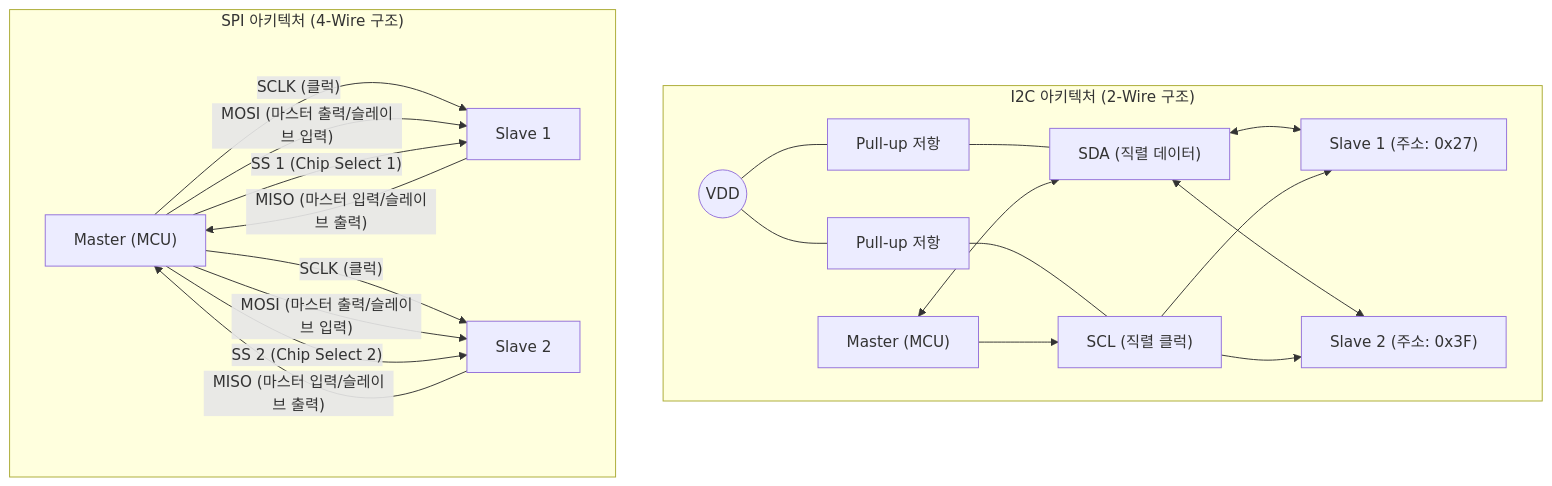
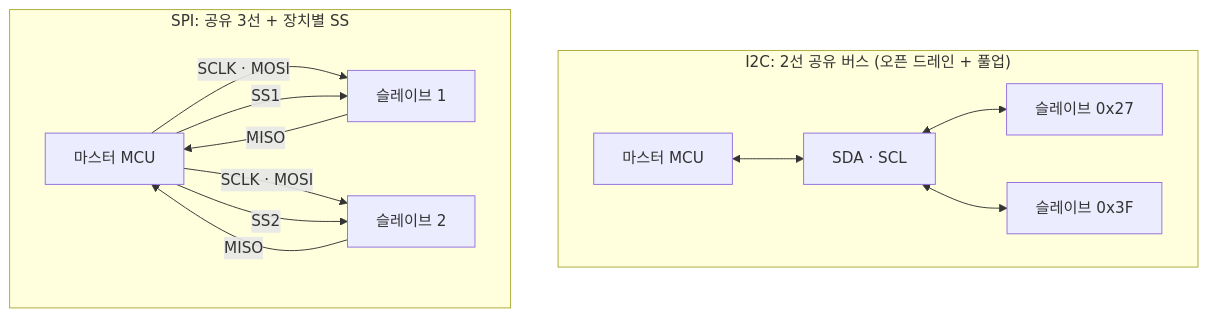
One commit to supremethumb/supremethumb.github.io changed the diagram in content/01_IT Tech/I2C(Inter Integrated Circuit)와 SPI(Serial Peripheral Interface).md. Above: the diagram before and after it, drawn with Mermaid. The commit also changed other lines of this file and 1087 other files, not shown here.

````diff
--- a/content/01_IT Tech/I2C(Inter Integrated Circuit)와 SPI(Serial Peripheral Interface).md
+++ b/content/01_IT Tech/I2C(Inter Integrated Circuit)와 SPI(Serial Peripheral Interface).md
@@ -27,43 +35,18 @@
 ```mermaid
-flowchart TD
-    subgraph I2C_Arch ["I2C 아키텍처 (2-Wire 구조)"]
+flowchart TB
+    subgraph I2C["I2C: 2선 공유 버스 (오픈 드레인 + 풀업)"]
         direction LR
-        VDD((VDD))
-        R1[Pull-up 저항]
-        R2[Pull-up 저항]
-        
-        M_I2C["Master (MCU)"]
-        S1_I2C["Slave 1 (주소: 0x27)"]
-        S2_I2C["Slave 2 (주소: 0x3F)"]
-        
-        VDD --- R1 --- SDA
-        VDD --- R2 --- SCL
-        
-        SDA["SDA (직렬 데이터)"]
-        SCL["SCL (직렬 클럭)"]
-        
-        M_I2C <--> SDA
-        M_I2C --> SCL
-        
-        SDA <--> S1_I2C
-        SCL --> S1_I2C
-        
-        SDA <--> S2_I2C
-        SCL --> S2_I2C
+        M1["마스터 MCU"] <--> BUS["SDA · SCL"]
+        BUS <--> T1["슬레이브 0x27"]
+        BUS <--> T2["슬레이브 0x3F"]
     end
-
-    subgraph SPI_Arch ["SPI 아키텍처 (4-Wire 구조)"]
+    subgraph SPI["SPI: 공유 3선 + 장치별 SS"]
         direction LR
-        M_SPI["Master (MCU)"]
-        S1_SPI["Slave 1"]
-        S2_SPI["Slave 2"]
-        
-        M_SPI -- "SCLK (클럭)" --> S1_SPI & S2_SPI
-        M_SPI -- "MOSI (마스터 출력/슬레이브 입력)" --> S1_SPI & S2_SPI
-        S1_SPI & S2_SPI -- "MISO (마스터 입력/슬레이브 출력)" --> M_SPI
-        
-        M_SPI -- "SS 1 (Chip Select 1)" --> S1_SPI
-        M_SPI -- "SS 2 (Chip Select 2)" --> S2_SPI
+        M2["마스터 MCU"] -- "SCLK · MOSI" --> S1["슬레이브 1"]
+        M2 -- "SCLK · MOSI" --> S2["슬레이브 2"]
+        S1 -- "MISO" --> M2
+        S2 -- "MISO" --> M2
+        M2 -- "SS1" --> S1
+        M2 -- "SS2" --> S2
     end
-
 ```
````
